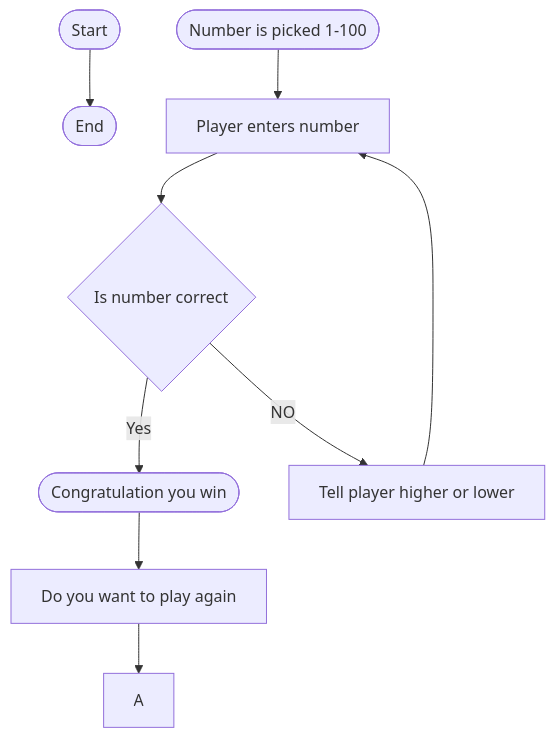
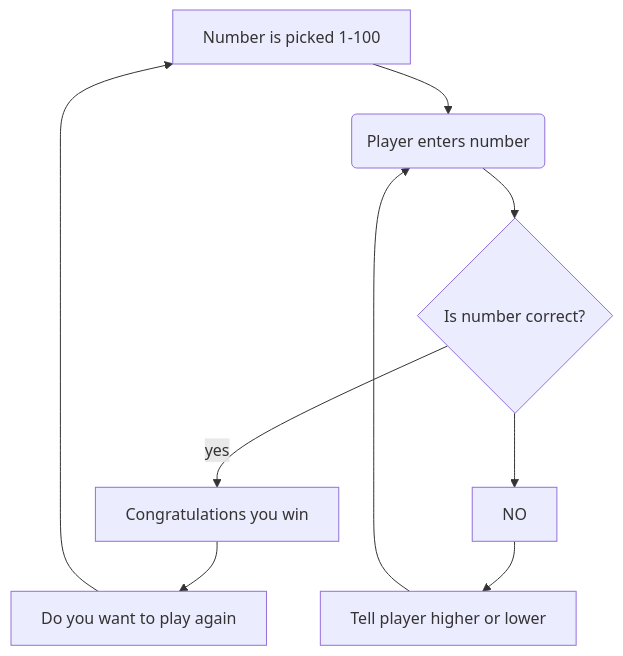
Before and after one commit to Bleakalmond/bleakalmond.github.io: the diagram in Guessing.md, drawn with Mermaid.

````diff
--- a/Guessing.md
+++ b/Guessing.md
@@ -1,11 +1,10 @@
 ``` Mermaid
 flowchart TD
-Start([Start]) --> End([End])
-*A(["Number is picked 1-100"]) --> B["Player enters number"]
-B --> C{"Is number correct"}
-C -- Yes --> D(["Congratulation you win"])
-D --> E["Do you want to play again"]
-E --> A
-C -- NO --> F["Tell player higher or lower"]
-F --> B
+    A[Number is picked 1-100] -->B(Player enters number)
+    B --> C{Is number correct?}
+    C -->|yes|D[Congratulations you win]
+    D -->E[Do you want to play again]
+    E -->A
+    C--> NO -->F[Tell player higher or lower]
+    F--> B
 ```
````
